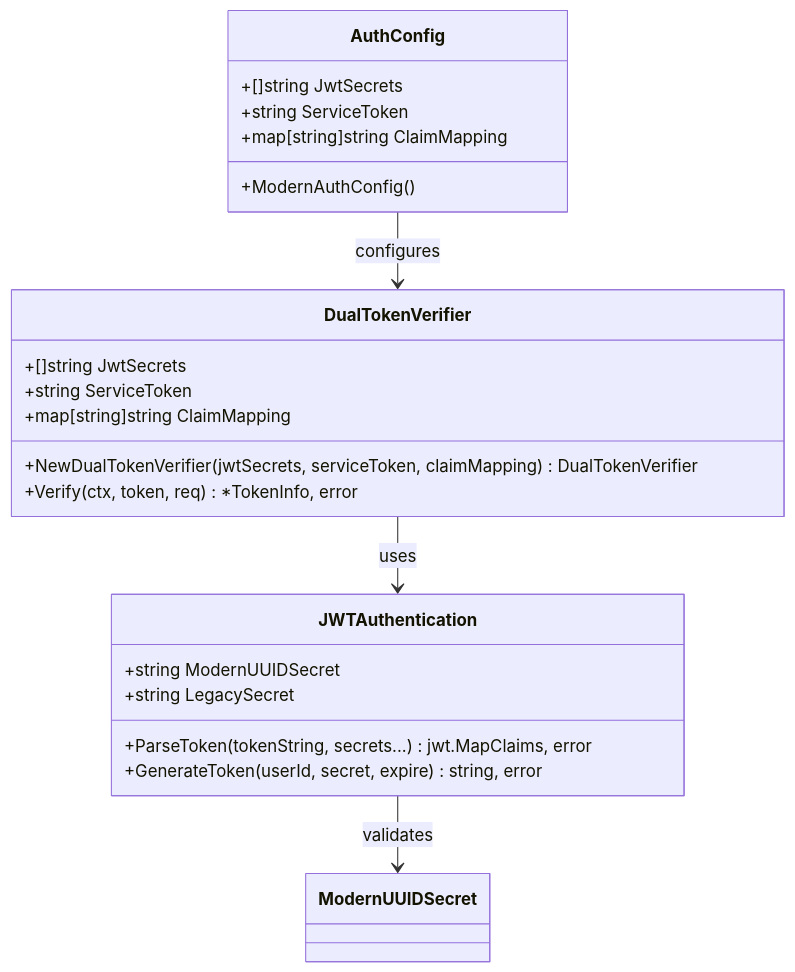
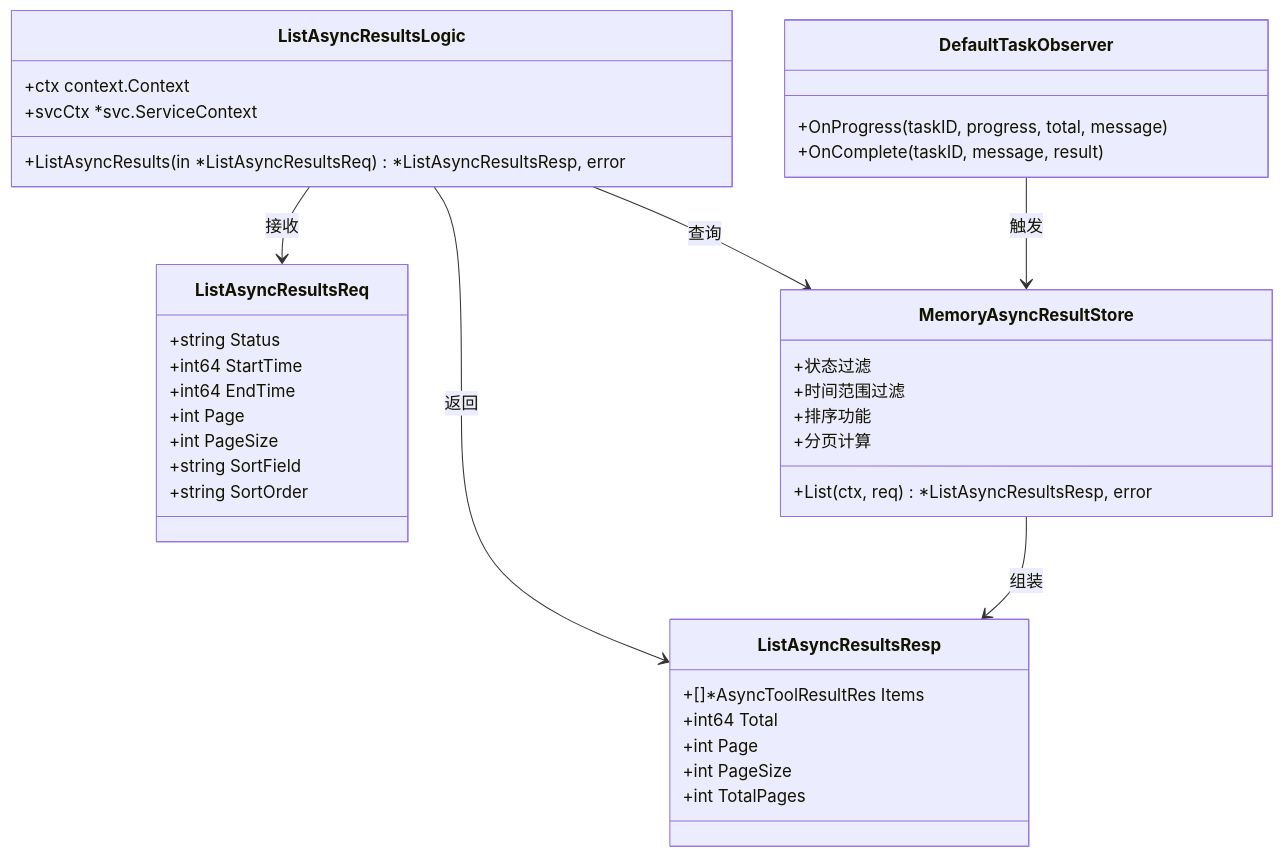
Before and after one commit to maomao94/zero-service: the sixth of 10 diagrams in .qoder/repowiki/zh/content/核心服务详解/AI聊天服务.md, drawn with Mermaid. The commit also changed other lines of this file and 58 other files, not shown here.

````diff
--- a/.qoder/repowiki/zh/content/核心服务详解/AI聊天服务.md
+++ b/.qoder/repowiki/zh/content/核心服务详解/AI聊天服务.md
@@ -657,25 +652,40 @@
 ```mermaid
 classDiagram
-class DualTokenVerifier {
-+[]string JwtSecrets
-+string ServiceToken
-+map[string]string ClaimMapping
-+NewDualTokenVerifier(jwtSecrets, serviceToken, claimMapping) DualTokenVerifier
-+Verify(ctx, token, req) *TokenInfo, error
+class ListAsyncResultsLogic {
++ctx context.Context
++svcCtx *svc.ServiceContext
++ListAsyncResults(in *ListAsyncResultsReq) *ListAsyncResultsResp, error
 }
-class JWTAuthentication {
-+ParseToken(tokenString, secrets...) jwt.MapClaims, error
-+GenerateToken(userId, secret, expire) string, error
-+string ModernUUIDSecret
-+string LegacySecret
+class ListAsyncResultsReq {
++string Status
++int64 StartTime
++int64 EndTime
++int Page
++int PageSize
++string SortField
++string SortOrder
 }
-class AuthConfig {
-+[]string JwtSecrets
-+string ServiceToken
-+map[string]string ClaimMapping
-+ModernAuthConfig()
+class ListAsyncResultsResp {
++[]*AsyncToolResultRes Items
++int64 Total
++int Page
++int PageSize
++int TotalPages
 }
-DualTokenVerifier --> JWTAuthentication : uses
-JWTAuthentication --> ModernUUIDSecret : validates
-AuthConfig --> DualTokenVerifier : configures
+class MemoryAsyncResultStore {
++List(ctx, req) *ListAsyncResultsResp, error
++状态过滤
++时间范围过滤
++排序功能
++分页计算
+}
+class DefaultTaskObserver {
++OnProgress(taskID, progress, total, message)
++OnComplete(taskID, message, result)
+}
+ListAsyncResultsLogic --> ListAsyncResultsReq : 接收
+ListAsyncResultsLogic --> ListAsyncResultsResp : 返回
+ListAsyncResultsLogic --> MemoryAsyncResultStore : 查询
+MemoryAsyncResultStore --> ListAsyncResultsResp : 组装
+DefaultTaskObserver --> MemoryAsyncResultStore : 触发
 ```
````
